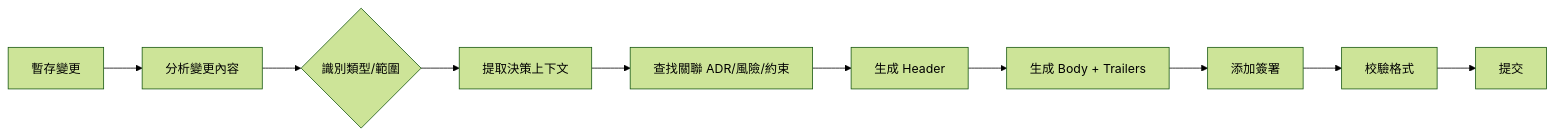
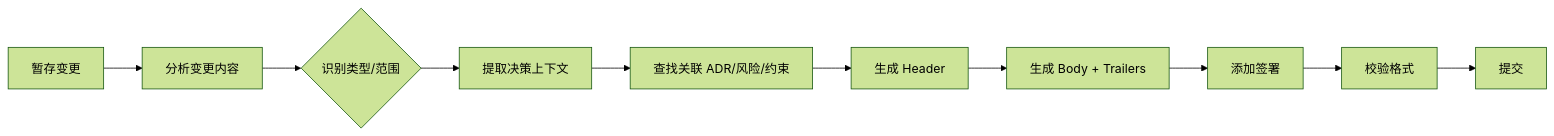
Before and after one commit to gogojaja/DevProjectTeamSkill: the diagram in .trae/skills/dev-project-team-skill/skills/commit-protocol/SKILL.md, drawn with Mermaid (forest theme). The commit also changed other lines of this file and 69 other files, not shown here.

````diff
--- a/.trae/skills/dev-project-team-skill/skills/commit-protocol/SKILL.md
+++ b/.trae/skills/dev-project-team-skill/skills/commit-protocol/SKILL.md
@@ -56,12 +58,12 @@
 ```mermaid
 graph LR
-  A[暫存變更] --> B[分析變更內容]
-  B --> C{識別類型/範圍}
-  C --> D[提取決策上下文]
-  D --> E[查找關聯 ADR/風險/約束]
+  A[暂存变更] --> B[分析变更内容]
+  B --> C{识别类型/范围}
+  C --> D[提取决策上下文]
+  D --> E[查找关联 ADR/风险/约束]
   E --> F[生成 Header]
   F --> G[生成 Body + Trailers]
-  G --> H[添加簽署]
-  H --> I[校驗格式]
+  G --> H[添加签署]
+  H --> I[校验格式]
   I --> J[提交]
 ```
````
